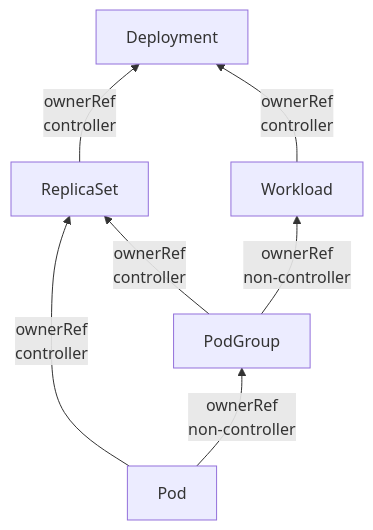
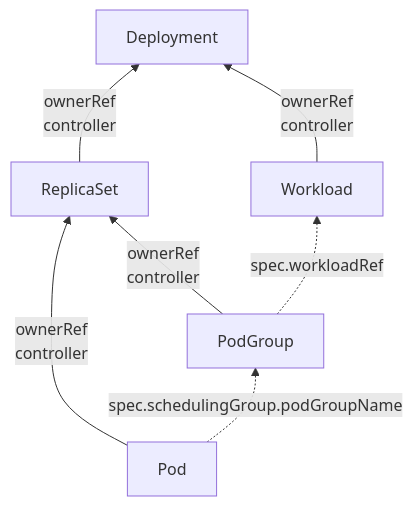
The diagram in keps/sig-apps/6276-integrate-workload-with-deployment/README.md (kubernetes/enhancements), drawn with Mermaid before and after one commit. The commit also changed other lines of this file, not shown here.

````diff
--- a/keps/sig-apps/6276-integrate-workload-with-deployment/README.md
+++ b/keps/sig-apps/6276-integrate-workload-with-deployment/README.md
@@ -486,15 +483,15 @@
 ```mermaid
 flowchart BT
     Pod[Pod]
     PodGroup[PodGroup]
     Workload[Workload]
     ReplicaSet[ReplicaSet]
     Deployment[Deployment]
 
     Pod -->|ownerRef <br/> controller| ReplicaSet
-    Pod -->|ownerRef <br/> non-controller| PodGroup
+    Pod -.->|spec.schedulingGroup.podGroupName| PodGroup
     ReplicaSet -->|ownerRef <br/> controller| Deployment
     PodGroup -->|ownerRef <br/> controller| ReplicaSet
-    PodGroup -->|ownerRef <br/> non-controller| Workload
+    PodGroup -.->|spec.workloadRef| Workload
     Workload -->|ownerRef <br/> controller| Deployment
 ```
````
